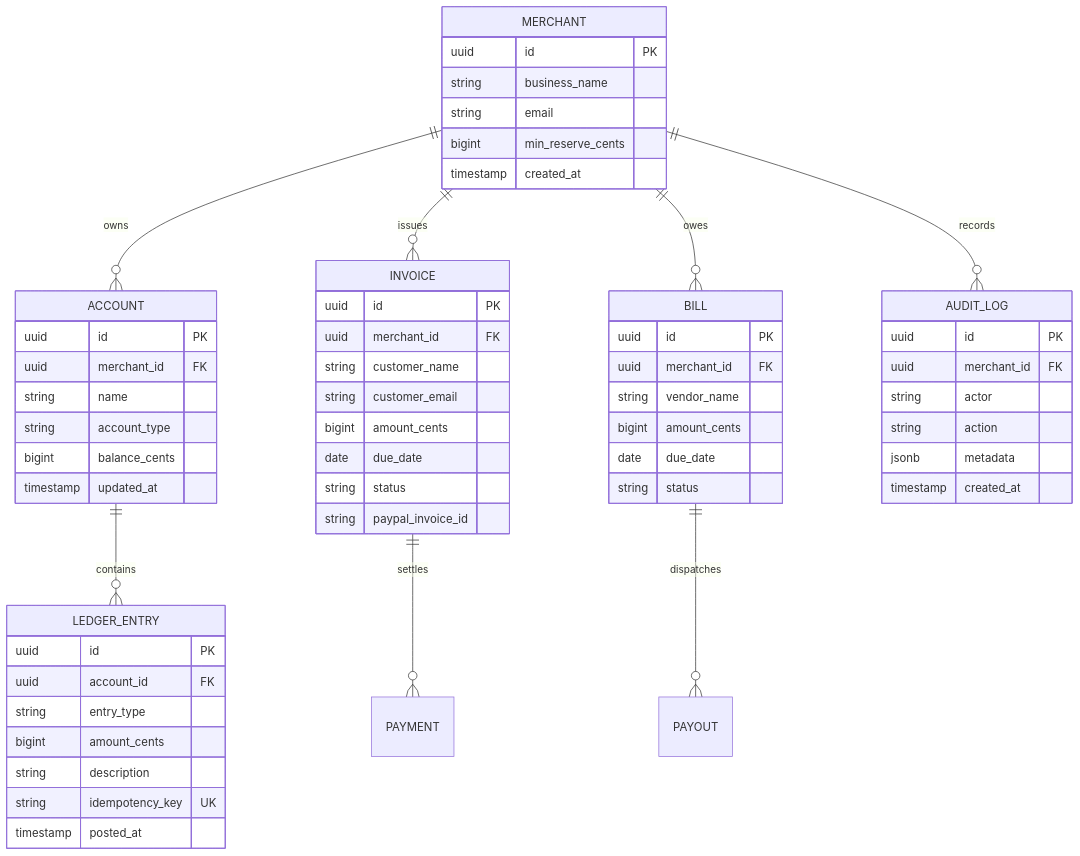
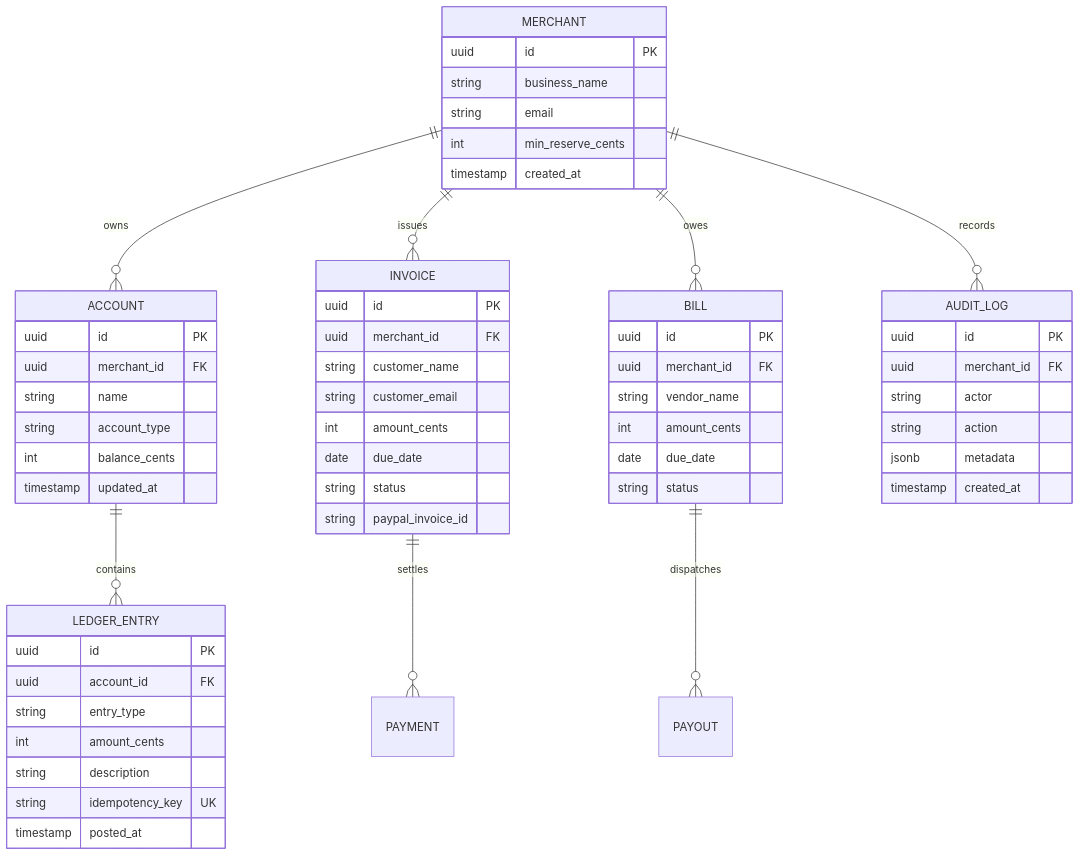
The third of 3 diagrams in docs/ARCHITECTURE.md (Viruss07/merchops-ai), drawn with Mermaid before and after one commit. The commit also changed other lines of this file and 57 other files, not shown here.

````diff
--- a/docs/ARCHITECTURE.md
+++ b/docs/ARCHITECTURE.md
@@ -163,66 +267,66 @@
 ```mermaid
 erDiagram
     MERCHANT ||--o{ ACCOUNT : owns
     MERCHANT ||--o{ INVOICE : issues
     MERCHANT ||--o{ BILL : owes
     MERCHANT ||--o{ AUDIT_LOG : records
     ACCOUNT ||--o{ LEDGER_ENTRY : contains
     INVOICE ||--o{ PAYMENT : settles
     BILL ||--o{ PAYOUT : dispatches
 
     MERCHANT {
         uuid id PK
         string business_name
         string email
-        bigint min_reserve_cents
+        int min_reserve_cents
         timestamp created_at
     }
 
     ACCOUNT {
         uuid id PK
         uuid merchant_id FK
         string name
         string account_type
-        bigint balance_cents
+        int balance_cents
         timestamp updated_at
     }
 
     LEDGER_ENTRY {
         uuid id PK
         uuid account_id FK
         string entry_type
-        bigint amount_cents
+        int amount_cents
         string description
         string idempotency_key UK
         timestamp posted_at
     }
 
     INVOICE {
         uuid id PK
         uuid merchant_id FK
         string customer_name
         string customer_email
-        bigint amount_cents
+        int amount_cents
         date due_date
         string status
         string paypal_invoice_id
     }
 
     BILL {
         uuid id PK
         uuid merchant_id FK
         string vendor_name
-        bigint amount_cents
+        int amount_cents
         date due_date
         string status
     }
 
     AUDIT_LOG {
         uuid id PK
         uuid merchant_id FK
         string actor
         string action
         jsonb metadata
         timestamp created_at
     }
 ```
````
